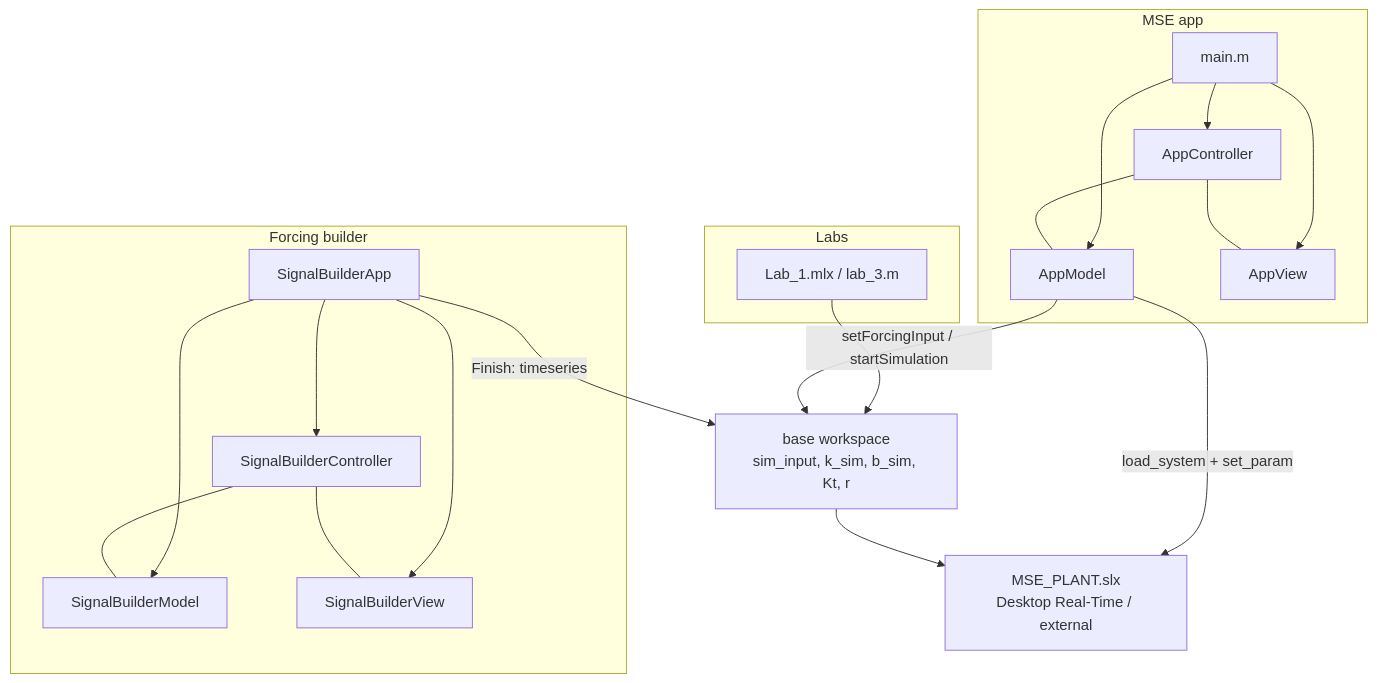
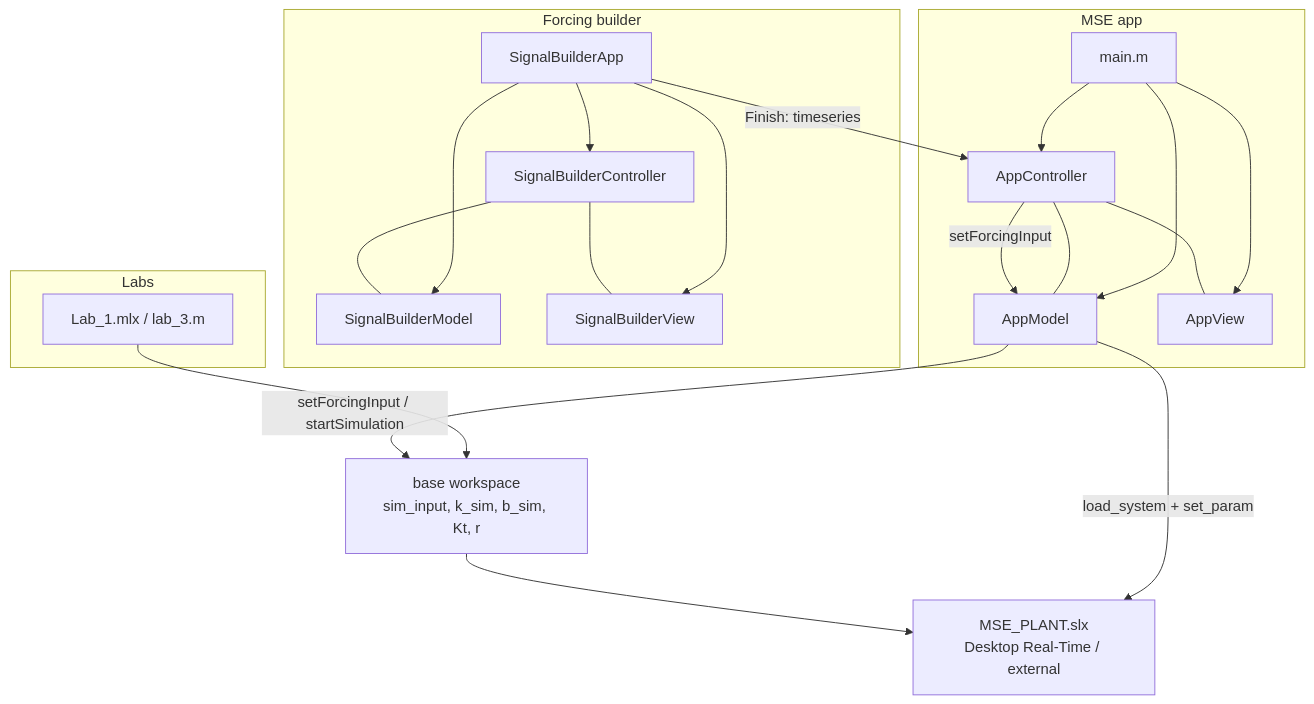
Before and after one commit to devanshroyal-7/MSE_lab: the diagram in docs/architecture.md, drawn with Mermaid. The commit also changed other lines of this file and 5 other files, not shown here.

````diff
--- a/docs/architecture.md
+++ b/docs/architecture.md
@@ -11,39 +11,40 @@
 ```mermaid
 flowchart TB
     subgraph labs [Labs]
         mlx["Lab_1.mlx / lab_3.m"]
     end
 
     subgraph builder [Forcing builder]
         SBA["SignalBuilderApp"]
         SBM["SignalBuilderModel"]
         SBV["SignalBuilderView"]
         SBC["SignalBuilderController"]
         SBA --> SBM
         SBA --> SBV
         SBA --> SBC
         SBC --- SBM
         SBC --- SBV
     end
 
     subgraph app [MSE app]
         main["main.m"]
         AM["AppModel"]
         AV["AppView"]
         AC["AppController"]
         main --> AM
         main --> AV
         main --> AC
         AC --- AM
         AC --- AV
     end
 
     plant["MSE_PLANT.slx\nDesktop Real-Time / external"]
     ws["base workspace\nsim_input, k_sim, b_sim, Kt, r"]
 
     mlx --> ws
-    SBA -->|"Finish: timeseries"| ws
+    SBA -->|"Finish: timeseries"| AC
+    AC -->|"setForcingInput"| AM
     AM -->|"setForcingInput / startSimulation"| ws
     AM -->|"load_system + set_param"| plant
     ws --> plant
 ```
````
